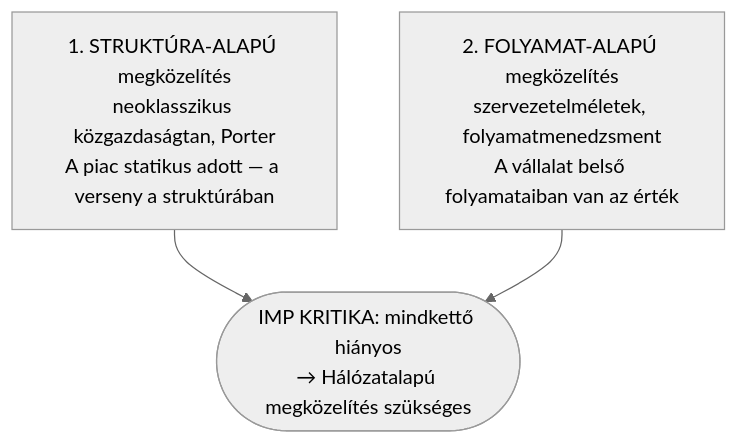
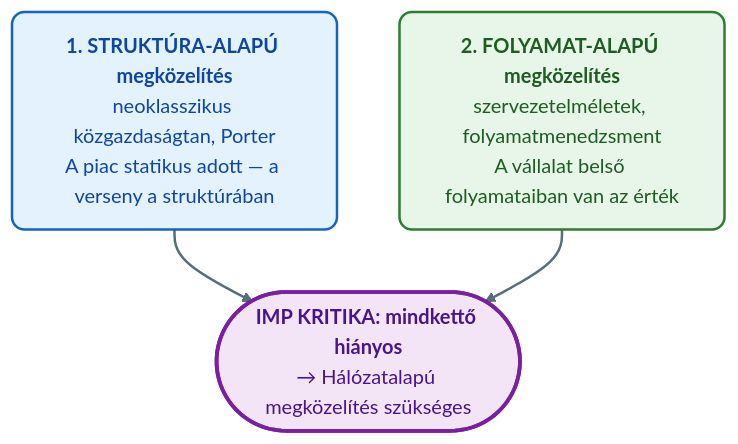
The first of 5 diagrams in Tételek/V19-GMXVU2MBLF-Üzleti kölcsönhatások hálózatalapú megközelítése.tétel.md (denespocsik/MM_BSC_Zarovizsga), drawn with Mermaid (neutral theme) before and after one commit. The commit also changed other lines of this file and 34 other files, not shown here.

First line of the commit message:
style(tételek): egységes vizuális arculat a Mermaid-diagramokhoz

````diff
--- a/Tételek/V19-GMXVU2MBLF-Üzleti kölcsönhatások hálózatalapú megközelítése.tétel.md
+++ b/Tételek/V19-GMXVU2MBLF-Üzleti kölcsönhatások hálózatalapú megközelítése.tétel.md
@@ -11,9 +11,15 @@
 ```mermaid
 flowchart TD
-    SA["1. STRUKTÚRA-ALAPÚ megközelítés\nneoklasszikus közgazdaságtan, Porter\nA piac statikus adott — a verseny a struktúrában"]
-    FA["2. FOLYAMAT-ALAPÚ megközelítés\nszervezetelméletek, folyamatmenedzsment\nA vállalat belső folyamataiban van az érték"]
-    IMP(["IMP KRITIKA: mindkettő hiányos\n→ Hálózatalapú megközelítés szükséges"])
+    SA["<b>1. STRUKTÚRA-ALAPÚ megközelítés</b><br/>neoklasszikus közgazdaságtan, Porter<br/>A piac statikus adott — a verseny a struktúrában"]:::kek
+    FA["<b>2. FOLYAMAT-ALAPÚ megközelítés</b><br/>szervezetelméletek, folyamatmenedzsment<br/>A vállalat belső folyamataiban van az érték"]:::zold
+    IMP(["<b>IMP KRITIKA: mindkettő hiányos</b><br/>→ Hálózatalapú megközelítés szükséges"]):::lilaH
 
     SA --> IMP
     FA --> IMP
+
+    classDef kek   fill:#e3f2fd,stroke:#1565c0,stroke-width:2px,color:#0d47a1,rx:10,ry:10;
+    classDef zold  fill:#e8f5e9,stroke:#2e7d32,stroke-width:2px,color:#1b5e20,rx:10,ry:10;
+    classDef lilaH fill:#f3e5f5,stroke:#7b1fa2,stroke-width:3px,color:#4a148c,rx:10,ry:10;
+
+    linkStyle default stroke:#546e7a,stroke-width:2px;
 ```
````
